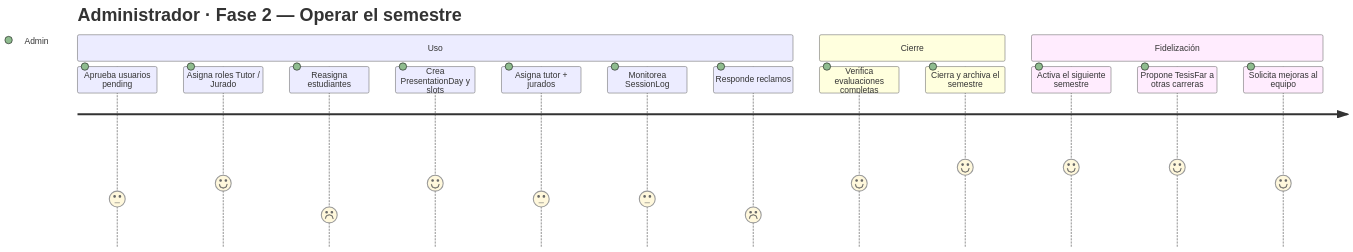
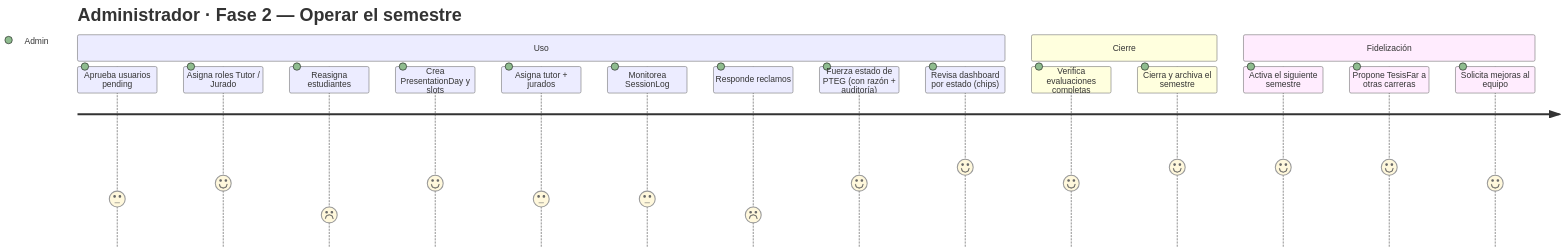
One commit to Aoshi346/teg-web-app changed the eighth of 12 diagrams in docs/customer-journeys.md. Above: the diagram before and after it, drawn with Mermaid. The commit also changed other lines of this file and 10 other files, not shown here.

````diff
--- a/docs/customer-journeys.md
+++ b/docs/customer-journeys.md
@@ -178,19 +178,21 @@
 ```mermaid
 journey
     title Administrador · Fase 2 — Operar el semestre
     section Uso
       Aprueba usuarios pending: 3: Admin
       Asigna roles Tutor / Jurado: 4: Admin
       Reasigna estudiantes: 2: Admin
       Crea PresentationDay y slots: 4: Admin
       Asigna tutor + jurados: 3: Admin
       Monitorea SessionLog: 3: Admin
       Responde reclamos: 2: Admin
+      Fuerza estado de PTEG (con razón + auditoría): 4: Admin
+      Revisa dashboard por estado (chips): 5: Admin
     section Cierre
       Verifica evaluaciones completas: 4: Admin
       Cierra y archiva el semestre: 5: Admin
     section Fidelización
       Activa el siguiente semestre: 5: Admin
       Propone TesisFar a otras carreras: 5: Admin
       Solicita mejoras al equipo: 4: Admin
 ```
````
